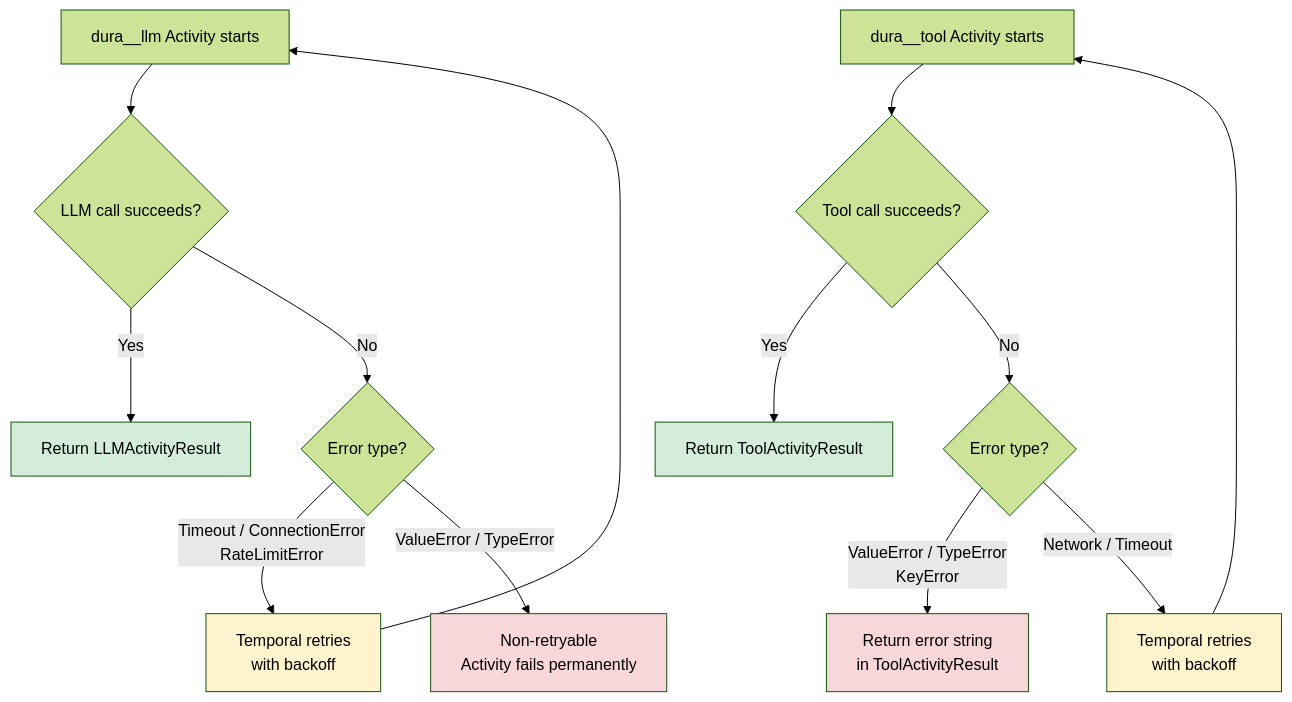
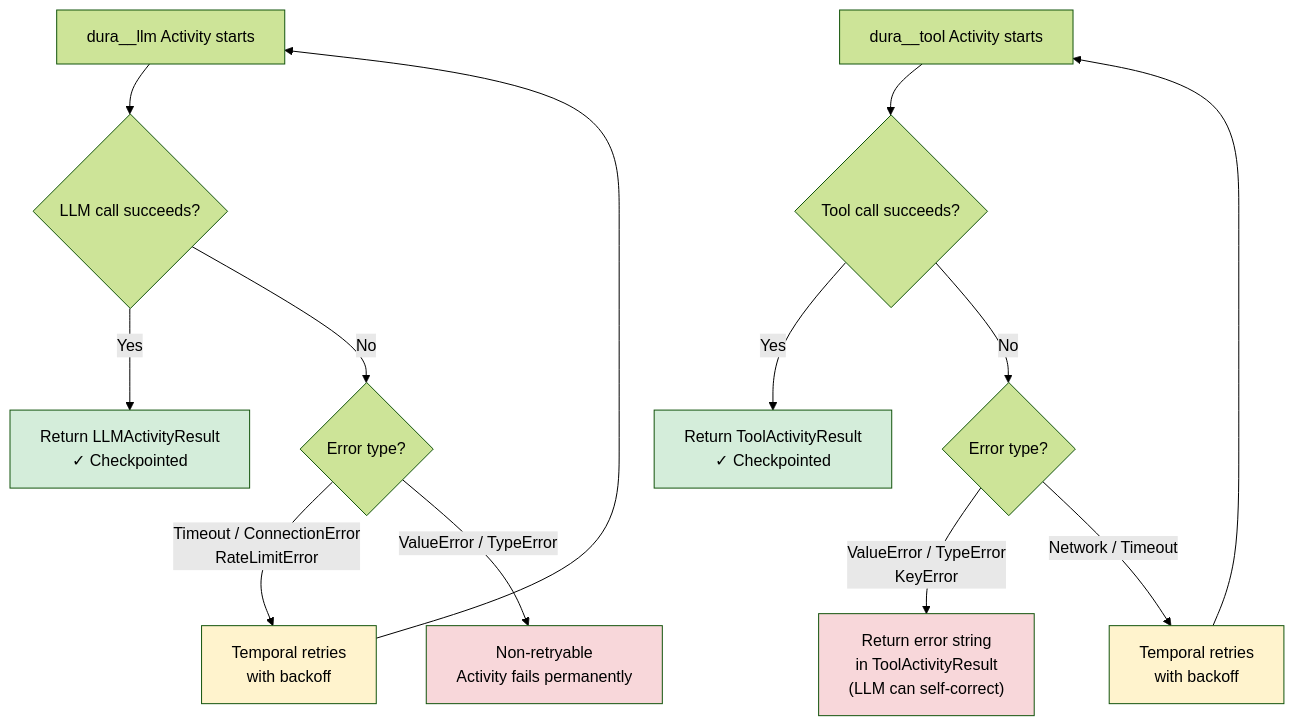
The seventh of 8 diagrams in docs/architecture.md (deepansh-saxena/DuraLang), drawn with Mermaid (forest theme) before and after one commit. The commit also changed other lines of this file and 14 other files, not shown here.

````diff
--- a/docs/architecture.md
+++ b/docs/architecture.md
@@ -288,26 +309,26 @@
 ```mermaid
 graph TD
     A["dura__llm Activity starts"] --> B{"LLM call succeeds?"}
-    B -->|"Yes"| C["Return LLMActivityResult"]
+    B -->|"Yes"| C["Return LLMActivityResult<br/>✓ Checkpointed"]
     B -->|"No"| D{"Error type?"}
 
     D -->|"Timeout / ConnectionError<br/>RateLimitError"| E["Temporal retries<br/>with backoff"]
     E --> A
 
     D -->|"ValueError / TypeError"| F["Non-retryable<br/>Activity fails permanently"]
 
     G["dura__tool Activity starts"] --> H{"Tool call succeeds?"}
-    H -->|"Yes"| I["Return ToolActivityResult"]
+    H -->|"Yes"| I["Return ToolActivityResult<br/>✓ Checkpointed"]
     H -->|"No"| J{"Error type?"}
 
-    J -->|"ValueError / TypeError<br/>KeyError"| K["Return error string<br/>in ToolActivityResult"]
+    J -->|"ValueError / TypeError<br/>KeyError"| K["Return error string<br/>in ToolActivityResult<br/>(LLM can self-correct)"]
     J -->|"Network / Timeout"| L["Temporal retries<br/>with backoff"]
     L --> G
 
     style E fill:#fff3cd
     style L fill:#fff3cd
     style F fill:#f8d7da
     style K fill:#f8d7da
     style C fill:#d4edda
     style I fill:#d4edda
 ```
````
